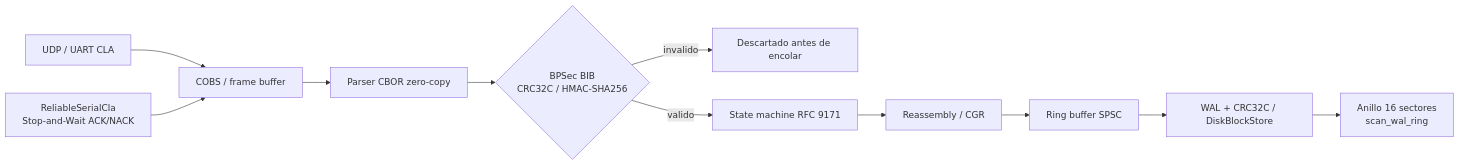
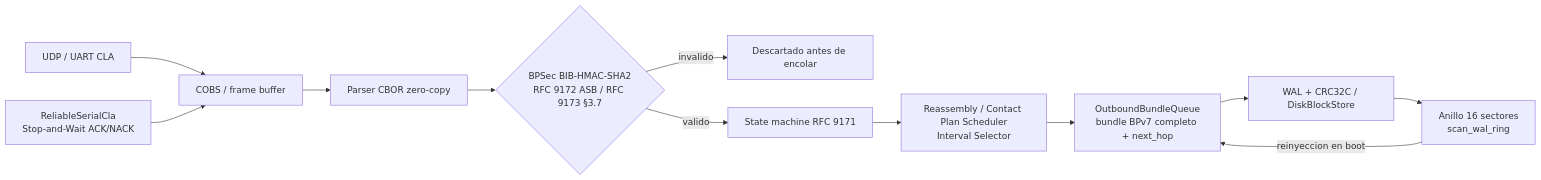
One commit to srwangcr/dtn-core changed the first of 2 diagrams in README.md. Above: the diagram before and after it, drawn with Mermaid. The commit also changed other lines of this file and 13 other files, not shown here.

First line of the commit message:
fix: RFC 9173 BPSec, full-bundle forwarding and durable ARQ ACK

````diff
--- a/README.md
+++ b/README.md
@@ -69,13 +80,14 @@
 ```mermaid
 flowchart LR
     UDP[UDP / UART CLA] --> F[COBS / frame buffer]
     ARQ[ReliableSerialCla<br/>Stop-and-Wait ACK/NACK] --> F
     F --> CBOR[Parser CBOR zero-copy]
-    CBOR --> BIB{BPSec BIB<br/>CRC32C / HMAC-SHA256}
+    CBOR --> BIB{BPSec BIB-HMAC-SHA2<br/>RFC 9172 ASB / RFC 9173 §3.7}
     BIB -->|invalido| DROP[Descartado antes de encolar]
     BIB -->|valido| SM[State machine RFC 9171]
-    SM --> R[Reassembly / CGR]
-    R --> Q[Ring buffer SPSC]
+    SM --> R[Reassembly / Contact Plan Scheduler<br/>Interval Selector]
+    R --> Q[OutboundBundleQueue<br/>bundle BPv7 completo + next_hop]
     Q --> WAL[WAL + CRC32C / DiskBlockStore]
     WAL --> RING[Anillo 16 sectores<br/>scan_wal_ring]
+    RING -->|reinyeccion en boot| Q
 ```
````
